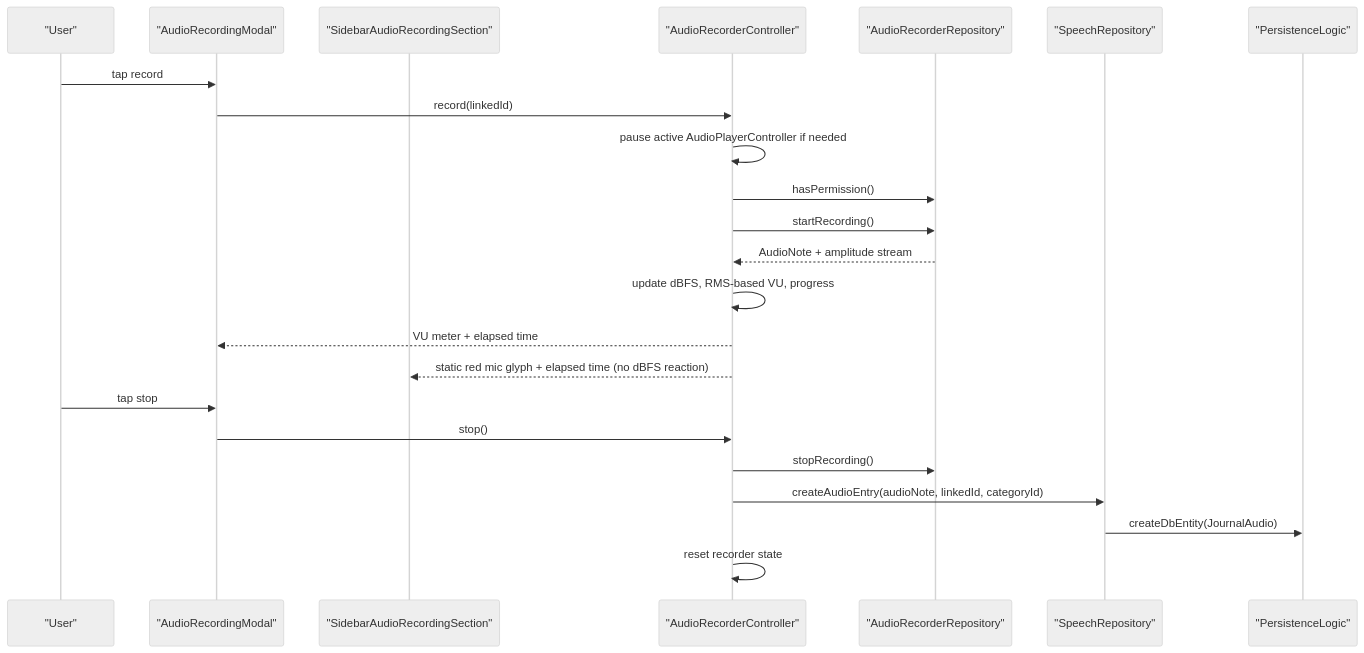
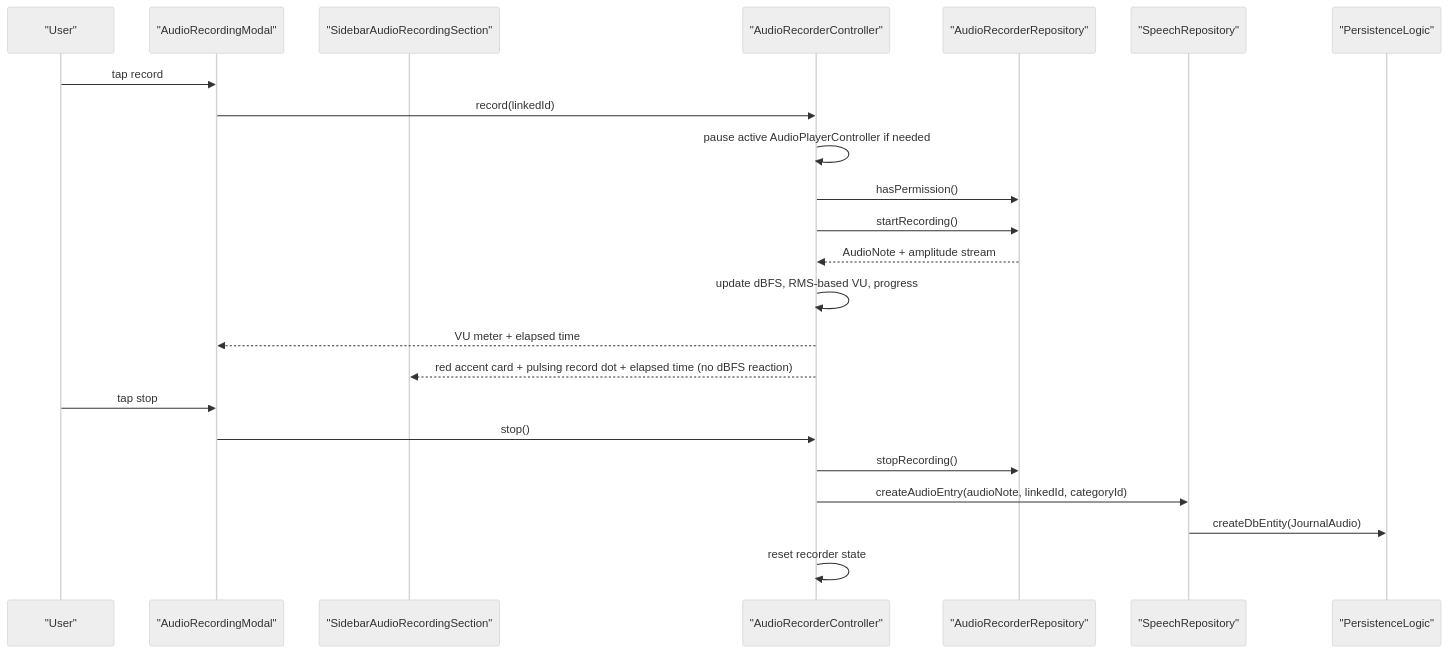
The third of 5 diagrams in lib/features/speech/README.md (matthiasn/lotti), drawn with Mermaid (neutral theme) before and after one commit. The commit also changed 12 other files, not shown here.

First line of the commit message:
feat: rework sidebar live indicators into accent cards

````diff
--- a/lib/features/speech/README.md
+++ b/lib/features/speech/README.md
@@ -134,26 +134,26 @@
 ```mermaid
 sequenceDiagram
   participant User as "User"
   participant Modal as "AudioRecordingModal"
   participant Sidebar as "SidebarAudioRecordingSection"
   participant Ctl as "AudioRecorderController"
   participant Repo as "AudioRecorderRepository"
   participant Speech as "SpeechRepository"
   participant Persist as "PersistenceLogic"
 
   User->>Modal: tap record
   Modal->>Ctl: record(linkedId)
   Ctl->>Ctl: pause active AudioPlayerController if needed
   Ctl->>Repo: hasPermission()
   Ctl->>Repo: startRecording()
   Repo-->>Ctl: AudioNote + amplitude stream
   Ctl->>Ctl: update dBFS, RMS-based VU, progress
   Ctl-->>Modal: VU meter + elapsed time
-  Ctl-->>Sidebar: static red mic glyph + elapsed time (no dBFS reaction)
+  Ctl-->>Sidebar: red accent card + pulsing record dot + elapsed time (no dBFS reaction)
   User->>Modal: tap stop
   Modal->>Ctl: stop()
   Ctl->>Repo: stopRecording()
   Ctl->>Speech: createAudioEntry(audioNote, linkedId, categoryId)
   Speech->>Persist: createDbEntity(JournalAudio)
   Ctl->>Ctl: reset recorder state
 ```
````
